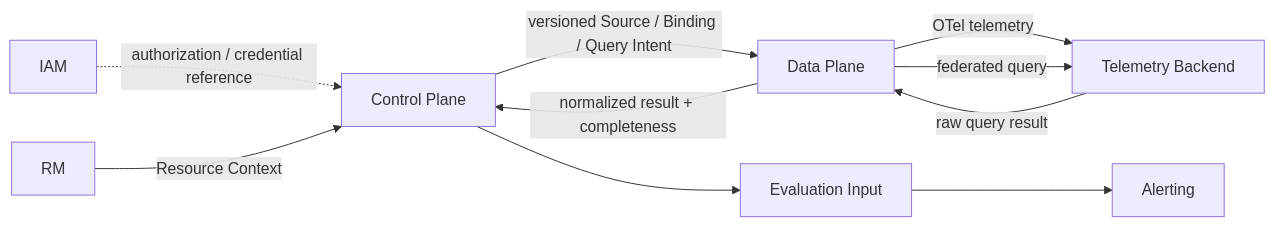
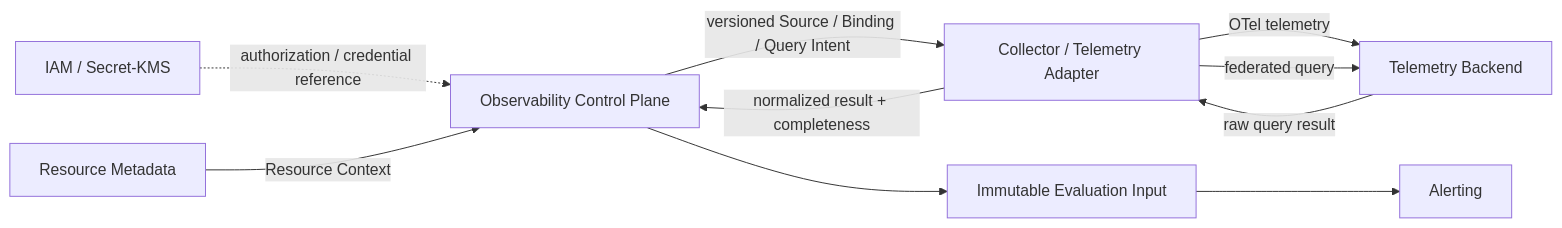
Before and after one commit to Sakuya1998/cop-architecture: the diagram in docs/domains/observability-domain.md, drawn with Mermaid. The commit also changed other lines of this file, not shown here.

Commit message:
docs: clarify observability execution constraints

````diff
--- a/docs/domains/observability-domain.md
+++ b/docs/domains/observability-domain.md
@@ -73,12 +74,12 @@
 ```mermaid
 flowchart LR
-  IAM[IAM] -.->|authorization / credential reference| CP[Control Plane]
-  RM[RM] -->|Resource Context| CP
-  CP -->|versioned Source / Binding / Query Intent| DP[Data Plane]
+  IAM[IAM / Secret-KMS] -.->|authorization / credential reference| CP[Observability Control Plane]
+  RM[Resource Metadata] -->|Resource Context| CP
+  CP -->|versioned Source / Binding / Query Intent| DP[Collector / Telemetry Adapter]
   DP -->|OTel telemetry| TB[Telemetry Backend]
   DP -->|federated query| TB
   TB -->|raw query result| DP
   DP -->|normalized result + completeness| CP
-  CP --> EI[Evaluation Input]
+  CP --> EI[Immutable Evaluation Input]
   EI --> AL[Alerting]
 ```
````
